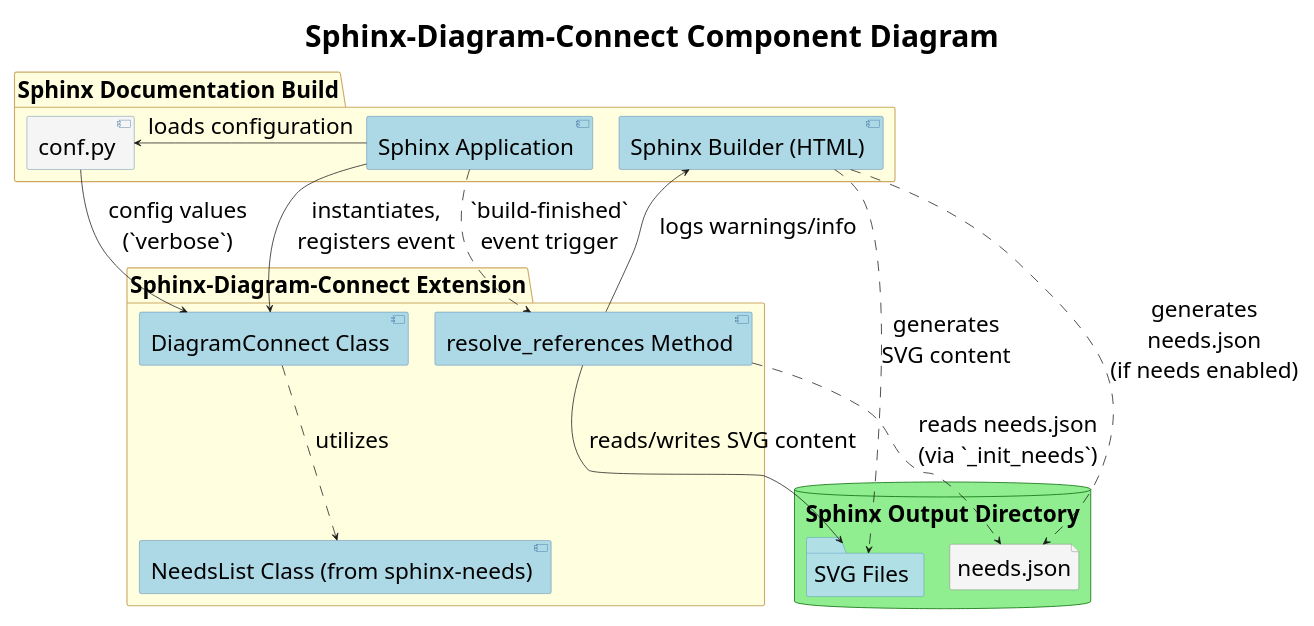
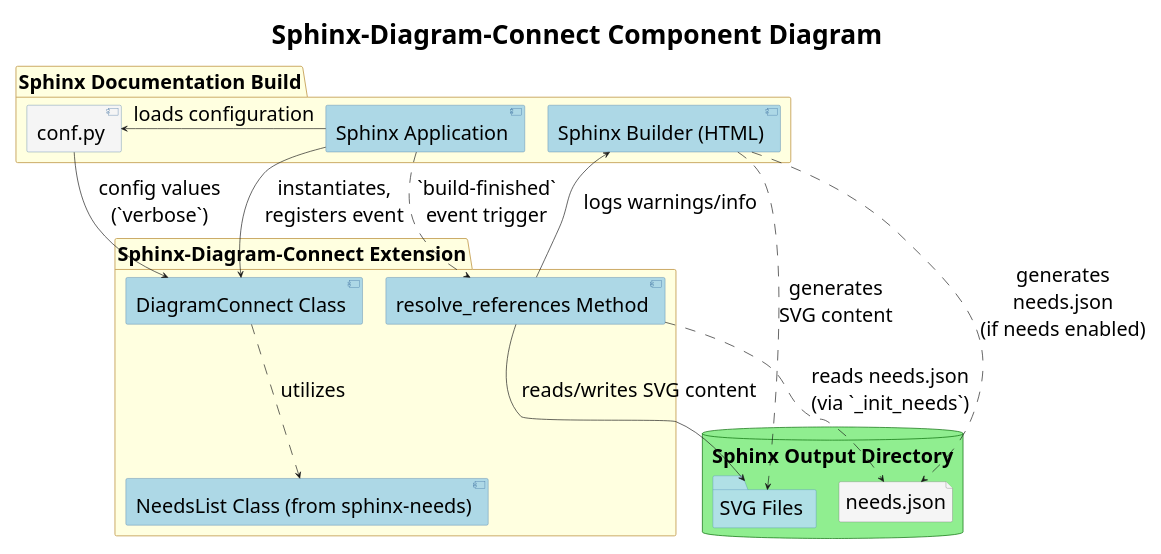
The diagram in doc/source/ExtensionArchDiagram.puml (mi-parkes/sphinx-diagram-connect), drawn with PlantUML before and after one commit. The commit also changed 85 other files, not shown here.

```diff
--- a/doc/source/ExtensionArchDiagram.puml
+++ b/doc/source/ExtensionArchDiagram.puml
@@ -1,76 +1,78 @@
 @startuml
 
 title <SIZE:40>Sphinx-Diagram-Connect Component Diagram</SIZe>
 
-scale 0.5
+scale 0.44
+skinparam backgroundColor transparent
+'skinparam backgroundColor #b5b4a8ff
 
 skinparam defaultFontSize 30
 skinparam defaultText {
   FontColor #000000
 }
 
 skinparam component {
   BackgroundColor #ADD8E6
   BorderColor #336699
   FontColor #000000
 }
 
 skinparam package {
   BackgroundColor #FFFFE0
   BorderColor #CCAA66
   FontColor #000000
 }
 
 skinparam database {
   BackgroundColor #90EE90
   BorderColor #006600
   FontColor #000000
 }
 
 skinparam folder {
   BackgroundColor #B0E0E6
   BorderColor #4682B4
   FontColor #000000
 }
 
 skinparam file {
   BackgroundColor #F5F5F5
   BorderColor #696969
   FontColor #000000
 }
 
 package "Sphinx Documentation Build" #FFFFE0 {
   [Sphinx Application] as SphinxApp #ADD8E6
   [Sphinx Builder (HTML)] as SphinxBuilder #ADD8E6
   [conf.py] as Config #F5F5F5
 }
 
 package "Sphinx-Diagram-Connect Extension" #FFFFE0 {
   [DiagramConnect Class] as DCClass #ADD8E6
   [resolve_references Method] as ResolveRefs #ADD8E6
   [NeedsList Class (from sphinx-needs)] as NeedsList #ADD8E6
 }
 
 database "Sphinx Output Directory" #90EE90 {
   folder "SVG Files" as SVGs #B0E0E6
   file "needs.json" as NeedsJSON #F5F5F5
 }
 
 SphinxApp -right-> Config : loads configuration
 Config --> DCClass : config values\n(`verbose`)
 
 SphinxApp -right-> DCClass : instantiates,\nregisters event
 
 SphinxBuilder .down.> SVGs : generates\nSVG content
 SphinxBuilder .right.> NeedsJSON : generates\nneeds.json\n(if needs enabled)
 
 SphinxApp .down.> ResolveRefs : `build-finished`\nevent trigger
 
 ResolveRefs --> SVGs : reads/writes SVG content
 ResolveRefs ..> NeedsJSON : reads needs.json\n(via `_init_needs`)
 
 DCClass ..> NeedsList : utilizes
 
 ResolveRefs --> SphinxBuilder : logs warnings/info
 
 @enduml
```
